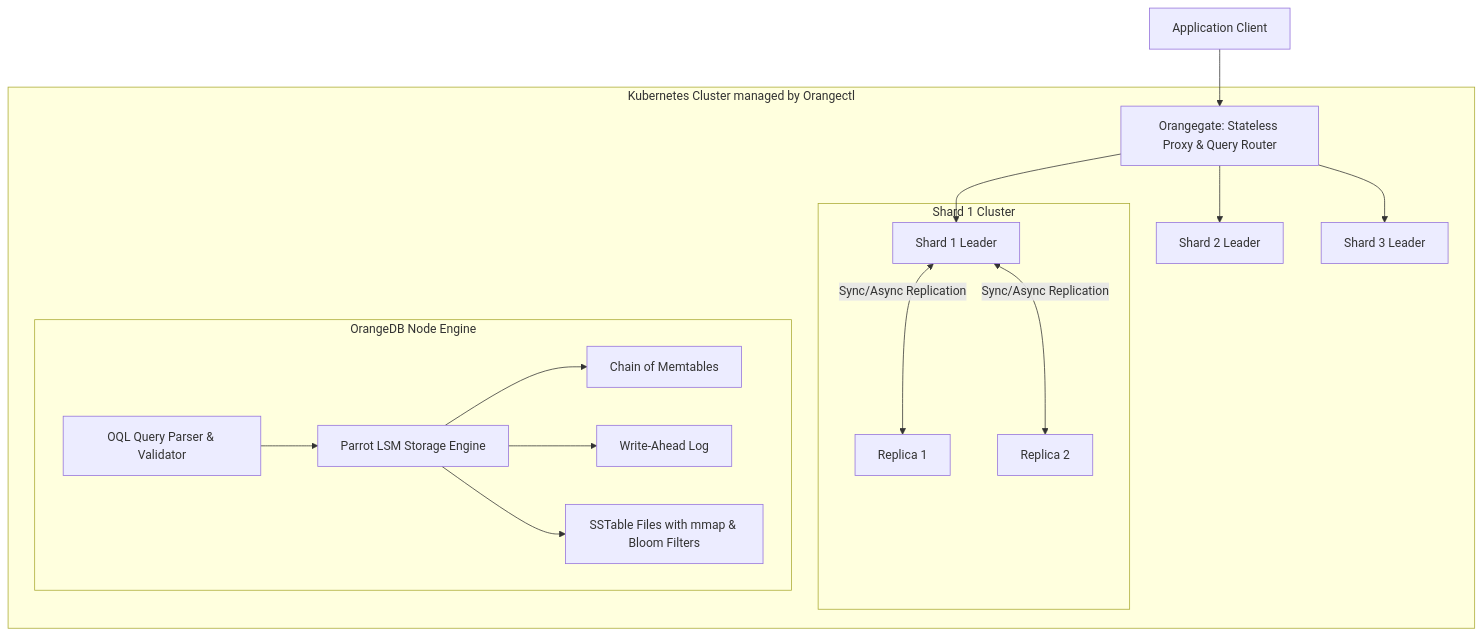
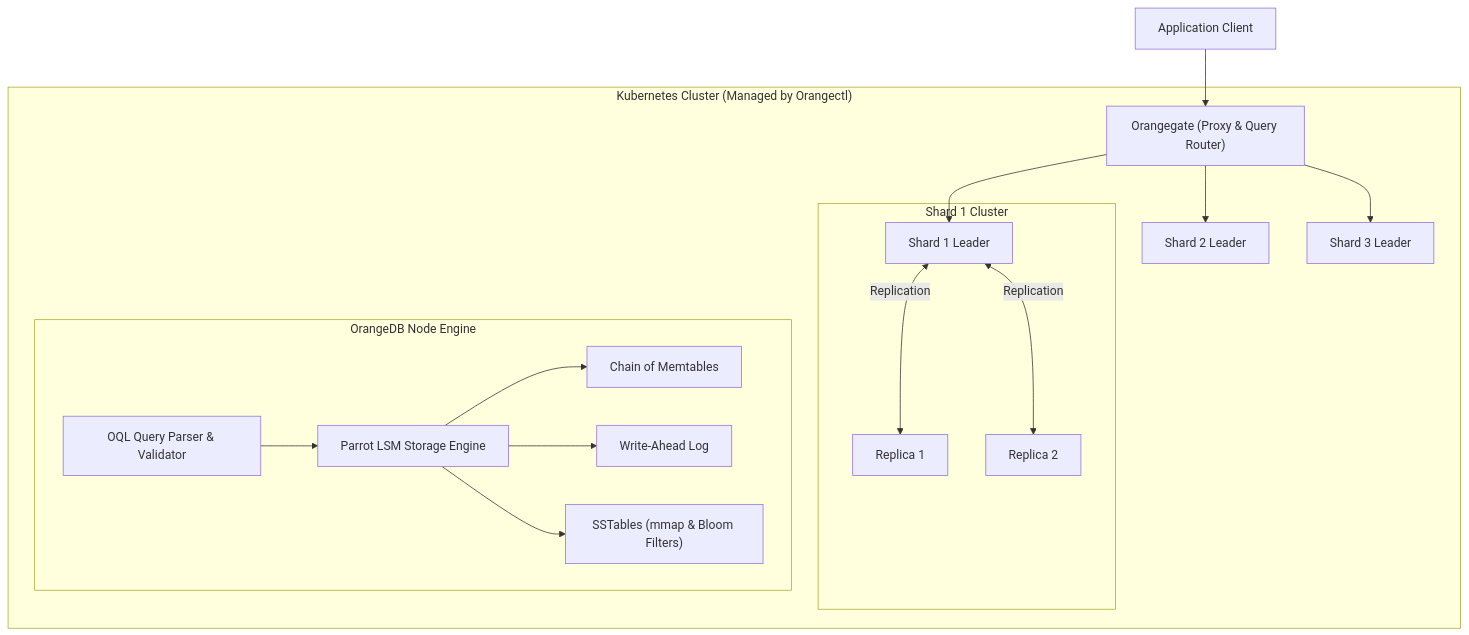
The diagram in content/projects/orange.md (nagarajpoojari404/opennotes), drawn with Mermaid before and after one commit. The commit also changed 9 other files, not shown here.

````diff
--- a/content/projects/orange.md
+++ b/content/projects/orange.md
@@ -18,22 +18,22 @@
 ```mermaid
 flowchart TD
-    Client[Application Client] --> Gate[Orangegate: Stateless Proxy & Query Router]
+    Client["Application Client"] --> Gate["Orangegate (Proxy & Query Router)"]
     
-    subgraph K8s [Kubernetes Cluster managed by Orangectl]
-        Gate --> S1[Shard 1 Leader]
-        Gate --> S2[Shard 2 Leader]
-        Gate --> S3[Shard 3 Leader]
+    subgraph K8s["Kubernetes Cluster (Managed by Orangectl)"]
+        Gate --> S1["Shard 1 Leader"]
+        Gate --> S2["Shard 2 Leader"]
+        Gate --> S3["Shard 3 Leader"]
         
-        subgraph Shard1 [Shard 1 Cluster]
-            S1 <-->|Sync/Async Replication| R1[Replica 1]
-            S1 <-->|Sync/Async Replication| R2[Replica 2]
+        subgraph Shard1["Shard 1 Cluster"]
+            S1 <-->|"Replication"| R1["Replica 1"]
+            S1 <-->|"Replication"| R2["Replica 2"]
         end
         
-        subgraph NodeInternal [OrangeDB Node Engine]
-            OQL[OQL Query Parser & Validator] --> Parrot[Parrot LSM Storage Engine]
-            Parrot --> MemQueue[Chain of Memtables]
-            Parrot --> WAL[Write-Ahead Log]
-            Parrot --> SST[SSTable Files with mmap & Bloom Filters]
+        subgraph NodeInternal["OrangeDB Node Engine"]
+            OQL["OQL Query Parser & Validator"] --> Parrot["Parrot LSM Storage Engine"]
+            Parrot --> MemQueue["Chain of Memtables"]
+            Parrot --> WAL["Write-Ahead Log"]
+            Parrot --> SST["SSTables (mmap & Bloom Filters)"]
         end
     end
 ```
````
